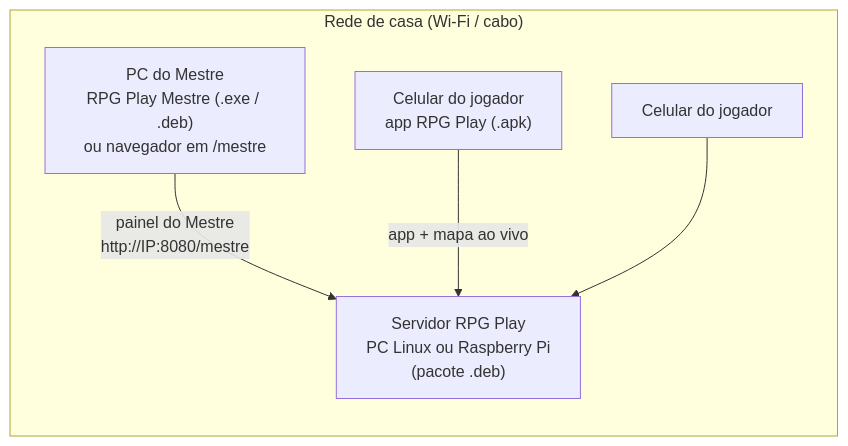
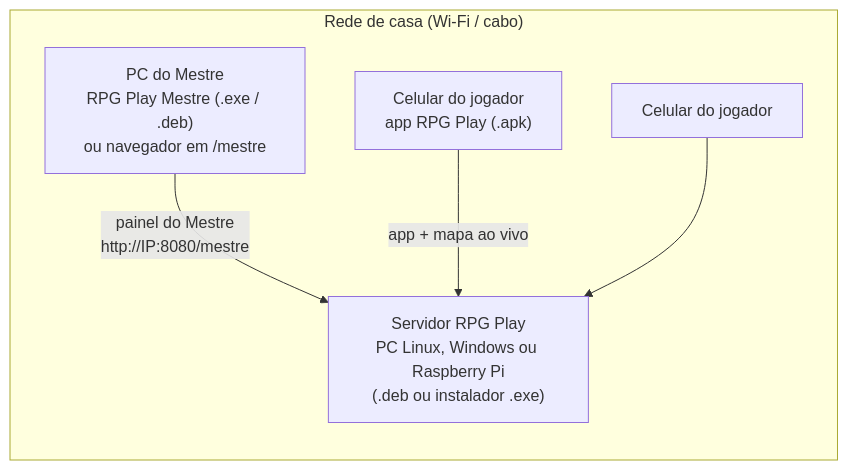
Before and after one commit to PedroASenna/Ficha-de-Personagem-de-RPG: the diagram in docs/INSTALACAO.md, drawn with Mermaid. The commit also changed other lines of this file and 17 other files, not shown here.

First line of the commit message:
Servidor no Windows: instalador .exe com firewall só para a rede de casa

````diff
--- a/docs/INSTALACAO.md
+++ b/docs/INSTALACAO.md
@@ -5,12 +5,12 @@
 ```mermaid
 flowchart LR
   subgraph Casa["Rede de casa (Wi-Fi / cabo)"]
-    S["Servidor RPG Play<br/>PC Linux ou Raspberry Pi<br/>(pacote .deb)"]
+    S["Servidor RPG Play<br/>PC Linux, Windows ou Raspberry Pi<br/>(.deb ou instalador .exe)"]
     M["PC do Mestre<br/>RPG Play Mestre (.exe / .deb)<br/>ou navegador em /mestre"]
     J1["Celular do jogador<br/>app RPG Play (.apk)"]
     J2["Celular do jogador"]
   end
   M -- "painel do Mestre<br/>http://IP:8080/mestre" --> S
   J1 -- "app + mapa ao vivo" --> S
   J2 --> S
 ```
````
